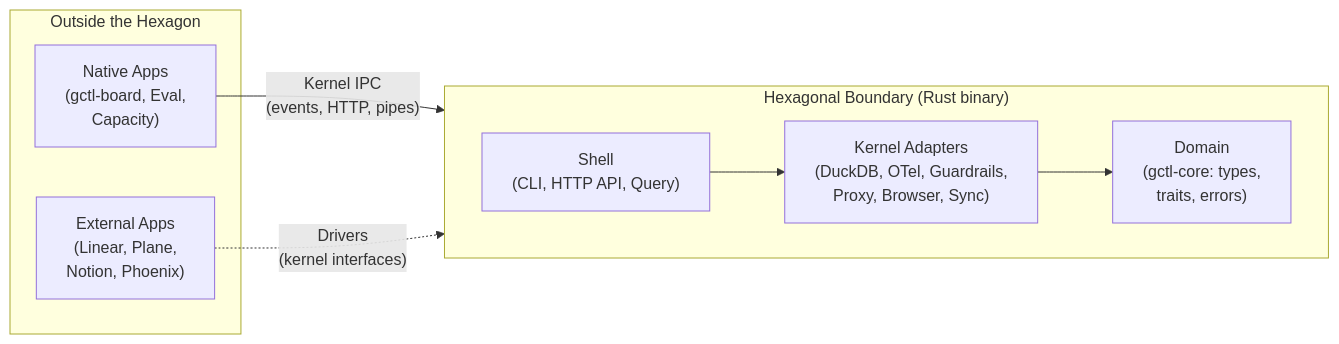
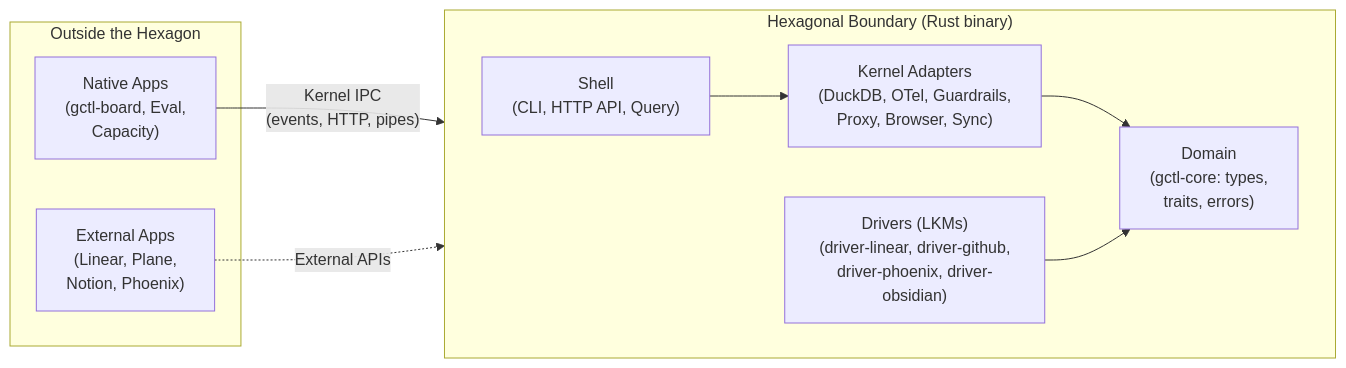
One commit to OpenHackersClub/gctrl changed the third of 3 diagrams in specs/architecture/README.md. Above: the diagram before and after it, drawn with Mermaid. The commit also changed other lines of this file and 39 other files, not shown here.

First line of the commit message:
refactor(shell): GitHub via kernel driver — no direct external API calls (#2)

````diff
--- a/specs/architecture/README.md
+++ b/specs/architecture/README.md
@@ -210,18 +220,20 @@
 ```mermaid
 flowchart LR
   subgraph Hex["Hexagonal Boundary (Rust binary)"]
     direction LR
     Shell["Shell\n(CLI, HTTP API, Query)"]
     Adapters["Kernel Adapters\n(DuckDB, OTel, Guardrails,\nProxy, Browser, Sync)"]
+    LKMs["Drivers (LKMs)\n(driver-linear, driver-github,\ndriver-phoenix, driver-obsidian)"]
     Domain["Domain\n(gctl-core: types,\ntraits, errors)"]
     Shell --> Adapters --> Domain
+    LKMs --> Domain
   end
 
   subgraph Outside["Outside the Hexagon"]
     NativeApps["Native Apps\n(gctl-board, Eval,\nCapacity)"]
     ExtApps["External Apps\n(Linear, Plane,\nNotion, Phoenix)"]
   end
 
   NativeApps -->|"Kernel IPC\n(events, HTTP, pipes)"| Shell
-  ExtApps -.->|"Drivers\n(kernel interfaces)"| Adapters
+  ExtApps -.->|"External APIs"| LKMs
 ```
````
